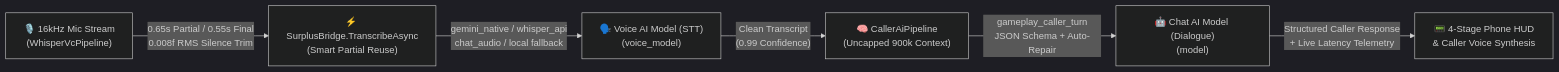
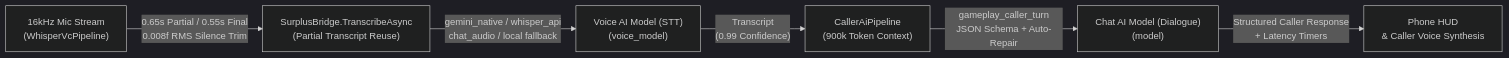
The diagram in README.md (justadudeinbulgaria/SWYF-OpenAI-GenAI-Mod), drawn with Mermaid (dark theme) before and after one commit. The commit also changed other lines of this file, not shown here.

````diff
--- a/README.md
+++ b/README.md
@@ -82,8 +82,8 @@
 ```mermaid
 flowchart LR
-    A["🎙️ 16kHz Mic Stream\n(WhisperVcPipeline)"] -->|"0.65s Partial / 0.55s Final\n0.008f RMS Silence Trim"| B["⚡ SurplusBridge.TranscribeAsync\n(Smart Partial Reuse)"]
-    B -->|"gemini_native / whisper_api\nchat_audio / local fallback"| C["🗣️ Voice AI Model (STT)\n(voice_model)"]
-    C -->|"Clean Transcript\n(0.99 Confidence)"| D["🧠 CallerAiPipeline\n(Uncapped 900k Context)"]
-    D -->|"gameplay_caller_turn\nJSON Schema + Auto-Repair"| E["🤖 Chat AI Model (Dialogue)\n(model)"]
-    E -->|"Structured Caller Response\n+ Live Latency Telemetry"| F["📟 4-Stage Phone HUD\n& Caller Voice Synthesis"]
+    A["16kHz Mic Stream\n(WhisperVcPipeline)"] -->|"0.65s Partial / 0.55s Final\n0.008f RMS Silence Trim"| B["SurplusBridge.TranscribeAsync\n(Partial Transcript Reuse)"]
+    B -->|"gemini_native / whisper_api\nchat_audio / local fallback"| C["Voice AI Model (STT)\n(voice_model)"]
+    C -->|"Transcript\n(0.99 Confidence)"| D["CallerAiPipeline\n(900k Token Context)"]
+    D -->|"gameplay_caller_turn\nJSON Schema + Auto-Repair"| E["Chat AI Model (Dialogue)\n(model)"]
+    E -->|"Structured Caller Response\n+ Latency Timers"| F["Phone HUD\n& Caller Voice Synthesis"]
 ```
````
